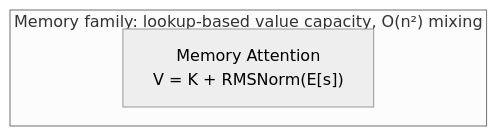
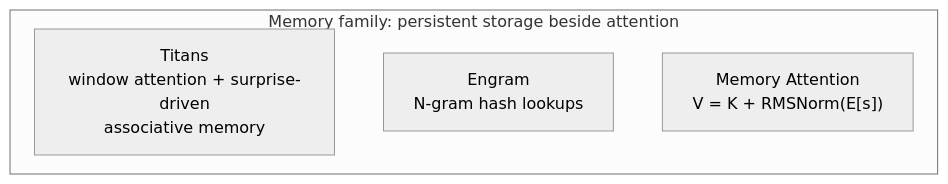
The diagram in docs/paper/figures/memory-map.mmd (erickfmm/frankenstein-transformer), drawn with Mermaid before and after one commit. The commit also changed 172 other files, not shown here.

```diff
--- a/docs/paper/figures/memory-map.mmd
+++ b/docs/paper/figures/memory-map.mmd
@@ -1,5 +1,8 @@
 %%{init: {"theme":"neutral","flowchart":{"curve":"basis","nodeSpacing":18,"rankSpacing":24,"useMaxWidth":false,"wrappingWidth":240}}}%%
 flowchart TD
-  subgraph memory["Memory family: lookup-based value capacity, O(n²) mixing"]
+  subgraph memory["Memory family: persistent storage beside attention"]
+    titans["Titans<br/>window attention + surprise-driven<br/>associative memory"]
+    engram["Engram<br/>N-gram hash lookups"]
     ma["Memory Attention<br/>V = K + RMSNorm(E[s])"]
+    titans ~~~ engram ~~~ ma
   end
```
